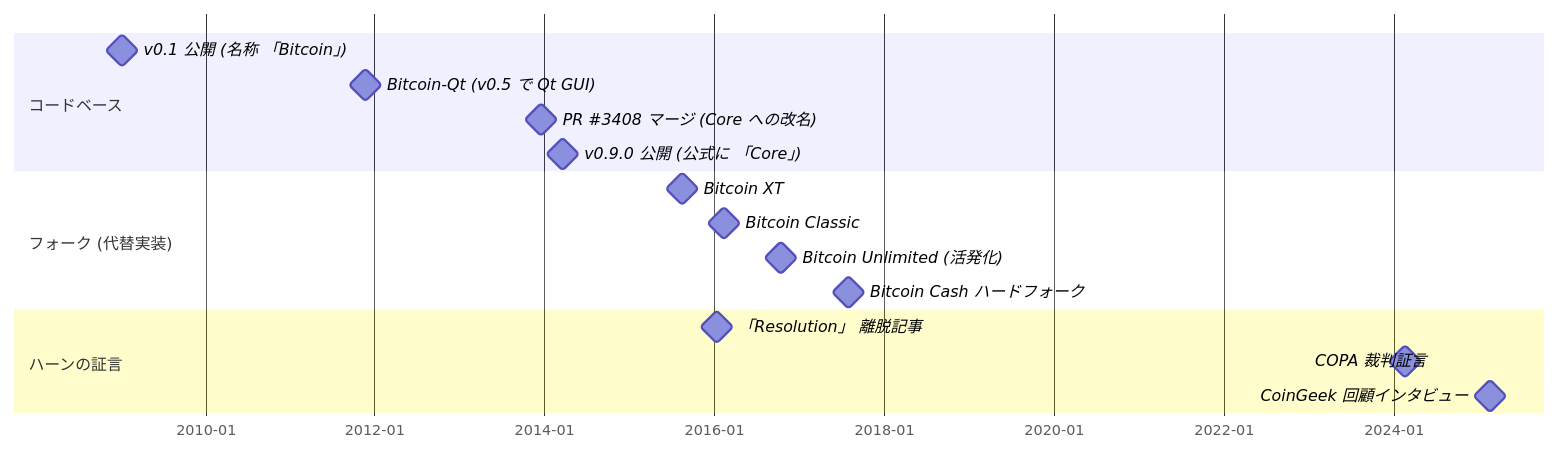
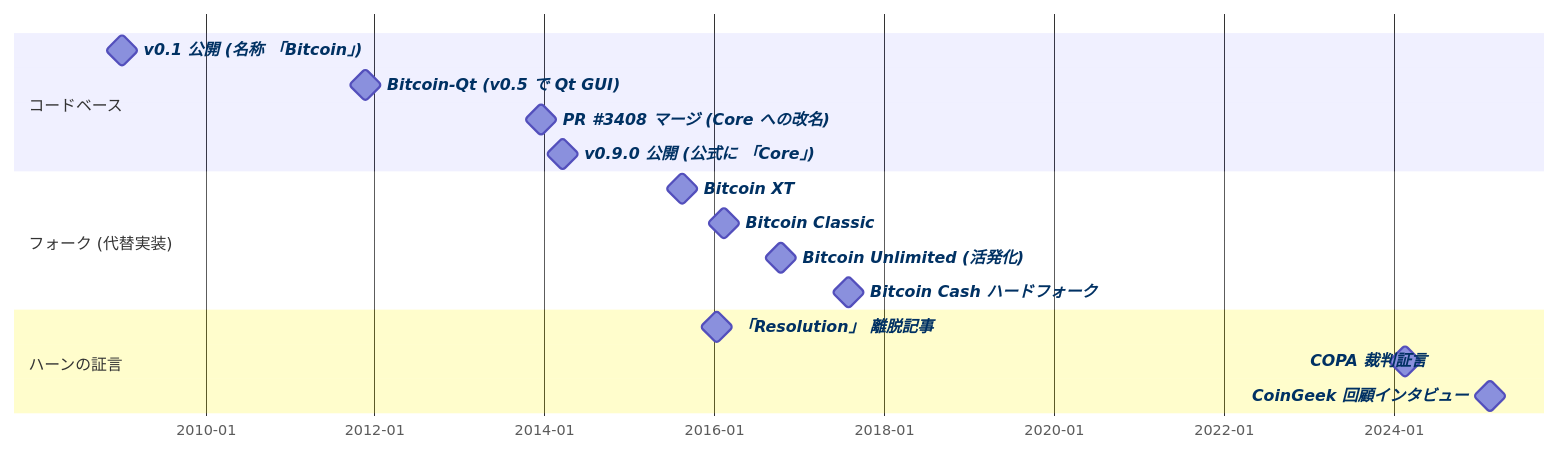
Before and after one commit to cypher256/BitcoinArchive: the diagram in src/data/translations/ja/analysis/2014-03-19-bitcoin-core-rebrand-authority-effects.md, drawn with Mermaid. The commit also changed 6 other files, not shown here.

````diff
--- a/src/data/translations/ja/analysis/2014-03-19-bitcoin-core-rebrand-authority-effects.md
+++ b/src/data/translations/ja/analysis/2014-03-19-bitcoin-core-rebrand-authority-effects.md
@@ -94,22 +94,34 @@
 ```mermaid
 gantt
     dateFormat YYYY-MM-DD
     axisFormat %Y-%m
 
     section コードベース
-    v0.1 公開 (名称 「Bitcoin」)             :milestone, 2009-01-09, 1d
-    Bitcoin-Qt (v0.5 で Qt GUI)             :milestone, 2011-11-20, 1d
-    PR #3408 マージ (Core への改名)         :milestone, 2013-12-16, 1d
-    v0.9.0 公開 (公式に 「Core」)            :milestone, 2014-03-19, 1d
+    v0.1 公開 (名称 「Bitcoin」)             :milestone, v01,    2009-01-09, 1d
+    Bitcoin-Qt (v0.5 で Qt GUI)             :milestone, v05,    2011-11-20, 1d
+    PR #3408 マージ (Core への改名)         :milestone, pr3408, 2013-12-16, 1d
+    v0.9.0 公開 (公式に 「Core」)            :milestone, v090,   2014-03-19, 1d
 
     section フォーク (代替実装)
-    Bitcoin XT                              :milestone, 2015-08-15, 1d
-    Bitcoin Classic                         :milestone, 2016-02-10, 1d
-    Bitcoin Unlimited (活発化)              :milestone, 2016-10-14, 1d
-    Bitcoin Cash ハードフォーク             :milestone, 2017-08-01, 1d
+    Bitcoin XT                              :milestone, xt,      2015-08-15, 1d
+    Bitcoin Classic                         :milestone, classic, 2016-02-10, 1d
+    Bitcoin Unlimited (活発化)              :milestone, bu,      2016-10-14, 1d
+    Bitcoin Cash ハードフォーク             :milestone, bch,     2017-08-01, 1d
 
     section ハーンの証言
-    「Resolution」 離脱記事                 :milestone, 2016-01-14, 1d
-    COPA 裁判証言                           :milestone, 2024-02-22, 1d
-    CoinGeek 回顧インタビュー               :milestone, 2025-02-21, 1d
+    「Resolution」 離脱記事                 :milestone, h2016,   2016-01-14, 1d
+    COPA 裁判証言                           :milestone, h2024,   2024-02-22, 1d
+    CoinGeek 回顧インタビュー               :milestone, h2025,   2025-02-21, 1d
+
+    click v01    href "/BitcoinArchive/ja/entries/sourceforge/2009-01-09-bitcoin-v01-released/"
+    click v05    href "/BitcoinArchive/ja/entries/aftermath/2011-11-20-bitcoin-v05-removes-cryptopp-dependency/"
+    click pr3408 href "https://github.com/bitcoin/bitcoin/pull/3408"
+    click v090   href "https://bitcoin.org/en/release/v0.9.0"
+    click xt     href "https://ja.wikipedia.org/wiki/Bitcoin_XT"
+    click classic href "https://ja.wikipedia.org/wiki/Bitcoin_Classic"
+    click bu     href "https://ja.wikipedia.org/wiki/Bitcoin_Unlimited"
+    click bch    href "https://ja.wikipedia.org/wiki/ビットコインキャッシュ"
+    click h2016  href "/BitcoinArchive/ja/entries/aftermath/2016-01-14-mike-hearn-resolution-bitcoin-experiment/"
+    click h2024  href "/BitcoinArchive/ja/entries/aftermath/2024-02-22-mike-hearn-copa-trial-testimony/"
+    click h2025  href "/BitcoinArchive/ja/entries/aftermath/2025-02-21-mike-hearn-coingeek-retrospective/"
 ```
````
